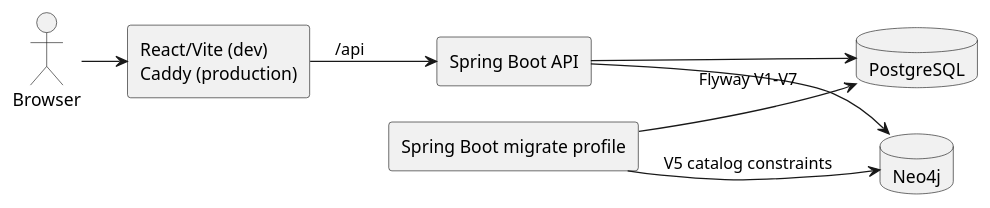
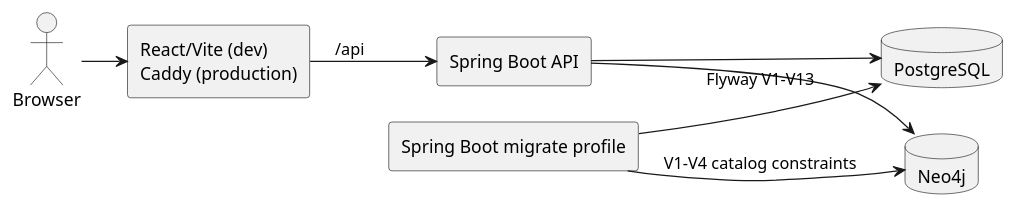
Before and after one commit to SEP490-Fall-2026-GFA26SE64/SEP490: the diagram in documents/diagrams/runtime-topology.puml, drawn with PlantUML. The commit also changed 19 other files, not shown here.

```diff
--- a/documents/diagrams/runtime-topology.puml
+++ b/documents/diagrams/runtime-topology.puml
@@ -1,20 +1,20 @@
 @startuml
 !pragma layout smetana
 left to right direction
 skinparam componentStyle rectangle
 skinparam shadowing false
 
 actor Browser
 component "React/Vite (dev)\nCaddy (production)" as Web
 component "Spring Boot API" as API
 component "Spring Boot migrate profile" as Migrate
 database "PostgreSQL" as PG
 database "Neo4j" as Graph
 
 Browser --> Web
 Web --> API : /api
 API --> PG
 API --> Graph
-Migrate --> PG : Flyway V1-V7
-Migrate --> Graph : V5 catalog constraints
+Migrate --> PG : Flyway V1-V13
+Migrate --> Graph : V1-V4 catalog constraints
 @enduml
```
